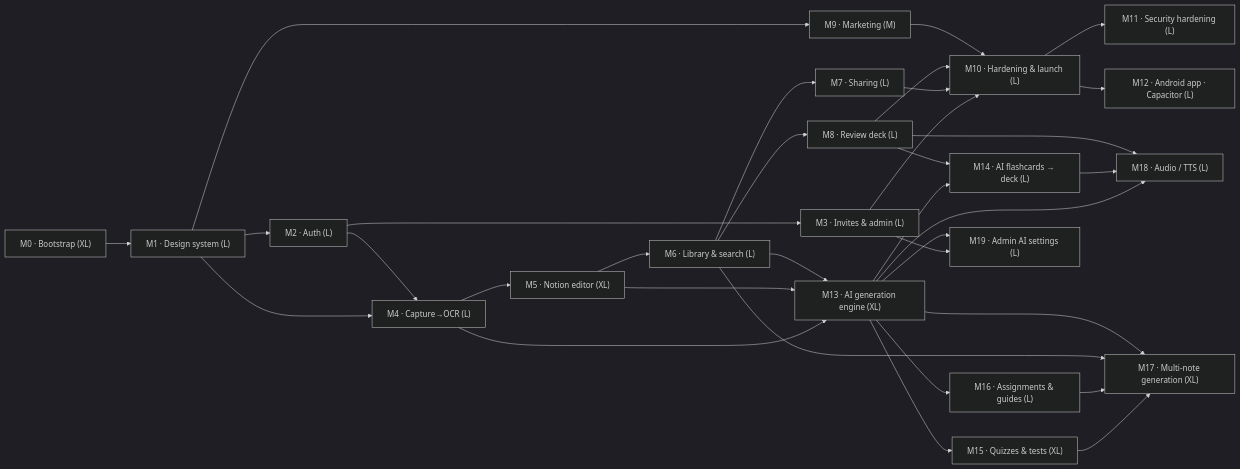
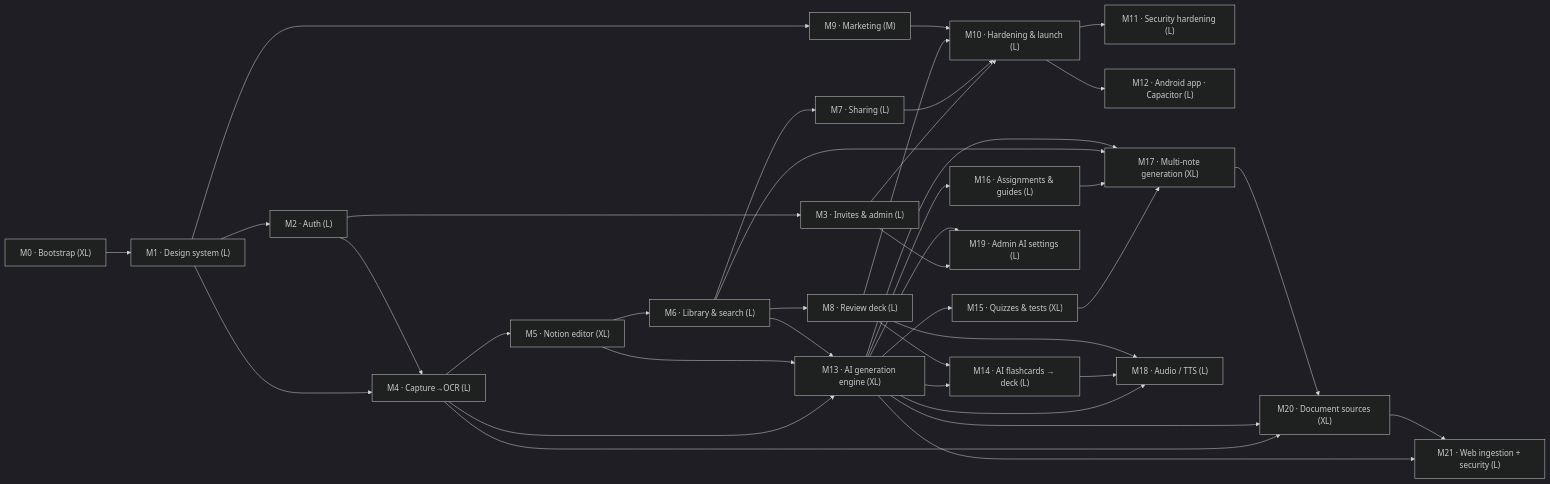
One commit to jasonp2323/transformmynotes changed the first of 2 diagrams in docs/milestones/ROADMAP.md. Above: the diagram before and after it, drawn with Mermaid (dark theme). The commit also changed other lines of this file and 1 other file, not shown here.

First line of the commit message:
docs: index M20–M21 in roadmap and milestone README

````diff
--- a/docs/milestones/ROADMAP.md
+++ b/docs/milestones/ROADMAP.md
@@ -18,35 +18,40 @@
 ```mermaid
 flowchart LR
   M0["M0 · Bootstrap (XL)"] --> M1["M1 · Design system (L)"]
   M1 --> M2["M2 · Auth (L)"]
   M1 --> M9["M9 · Marketing (M)"]
   M1 --> M4["M4 · Capture→OCR (L)"]
   M2 --> M3["M3 · Invites & admin (L)"]
   M2 --> M4
   M4 --> M5["M5 · Notion editor (XL)"]
   M5 --> M6["M6 · Library & search (L)"]
   M6 --> M7["M7 · Sharing (L)"]
   M6 --> M8["M8 · Review deck (L)"]
   M3 --> M10["M10 · Hardening & launch (L)"]
   M7 --> M10
   M8 --> M10
   M9 --> M10
   M10 --> M11["M11 · Security hardening (L)"]
   M10 --> M12["M12 · Android app · Capacitor (L)"]
   M4 --> M13["M13 · AI generation engine (XL)"]
   M5 --> M13
   M6 --> M13
   M13 --> M14["M14 · AI flashcards → deck (L)"]
   M8 --> M14
   M13 --> M15["M15 · Quizzes & tests (XL)"]
   M13 --> M16["M16 · Assignments & guides (L)"]
   M15 --> M17["M17 · Multi-note generation (XL)"]
   M16 --> M17
   M6 --> M17
   M13 --> M17
   M13 --> M18["M18 · Audio / TTS (L)"]
   M14 --> M18
   M8 --> M18
   M3 --> M19["M19 · Admin AI settings (L)"]
   M13 --> M19
+  M4 --> M20["M20 · Document sources (XL)"]
+  M13 --> M20
+  M17 --> M20
+  M13 --> M21["M21 · Web ingestion + security (L)"]
+  M20 --> M21
 ```
````
